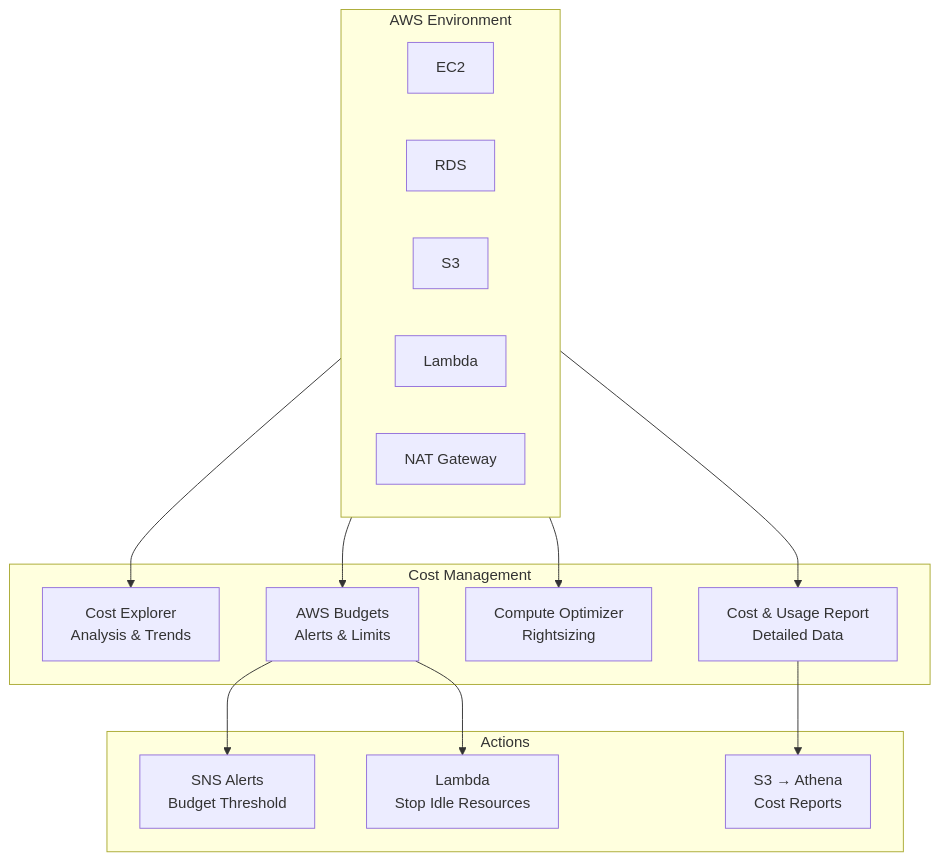
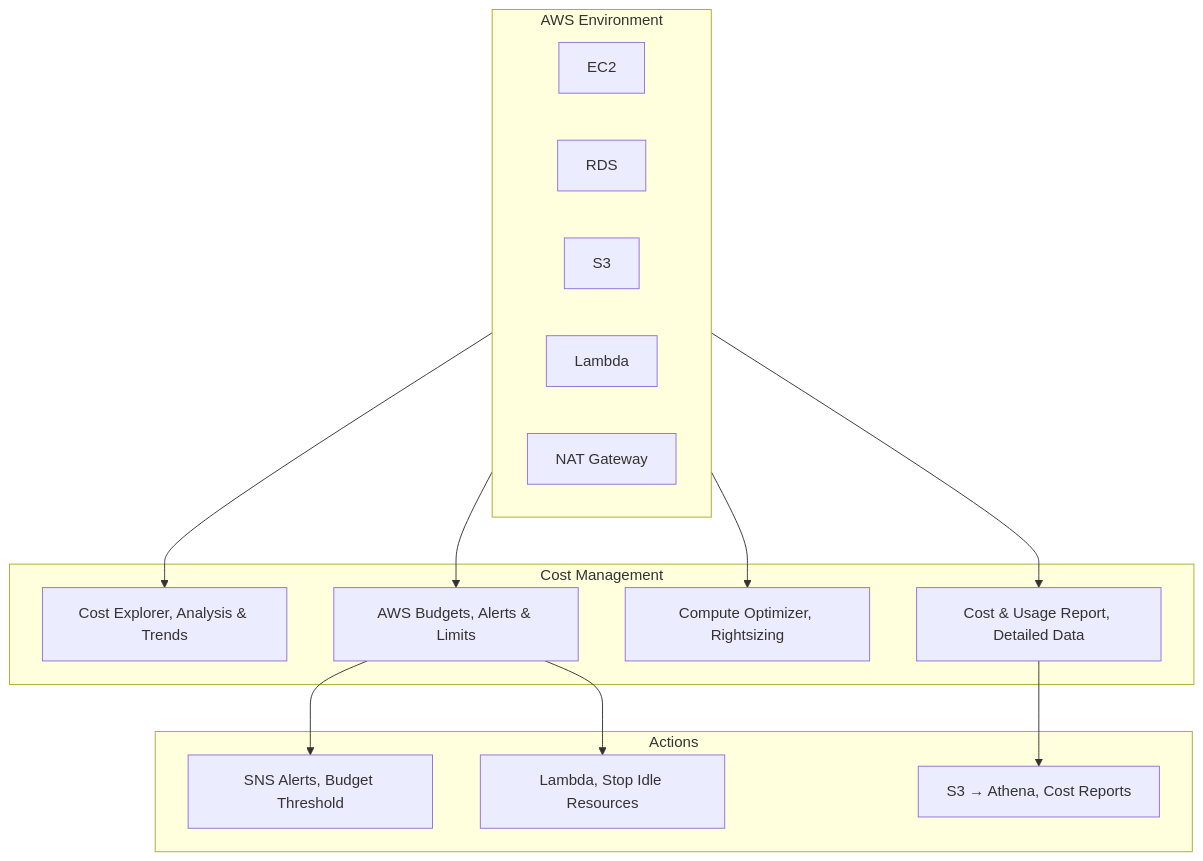
The diagram in Chapter_47_AWS_Cost_Explorer_and_Budgets.md (DeeptiShuklaProject/Uday_AWS), drawn with Mermaid before and after one commit. The commit also changed 34 other files, not shown here.

Commit message:
Fix mermaid diagrams syntax across all chapters (quote labels and remove HTML)

````diff
--- a/Chapter_47_AWS_Cost_Explorer_and_Budgets.md
+++ b/Chapter_47_AWS_Cost_Explorer_and_Budgets.md
@@ -150,32 +150,32 @@
 ```mermaid
 flowchart TD
     subgraph AWS["AWS Environment"]
         EC2[EC2] 
         RDS[RDS]
         S3[S3]
         Lambda[Lambda]
         NAT[NAT Gateway]
     end
     
     subgraph CostMgmt["Cost Management"]
-        CE[Cost Explorer<br>Analysis & Trends]
-        Budget[AWS Budgets<br>Alerts & Limits]
-        CO[Compute Optimizer<br>Rightsizing]
-        CUR[Cost & Usage Report<br>Detailed Data]
+        CE["Cost Explorer, Analysis & Trends"]
+        Budget["AWS Budgets, Alerts & Limits"]
+        CO["Compute Optimizer, Rightsizing"]
+        CUR["Cost & Usage Report, Detailed Data"]
     end
     
     subgraph Actions["Actions"]
-        Alert[SNS Alerts<br>Budget Threshold]
-        Lambda_Action[Lambda<br>Stop Idle Resources]
-        Report[S3 → Athena<br>Cost Reports]
+        Alert["SNS Alerts, Budget Threshold"]
+        Lambda_Action["Lambda, Stop Idle Resources"]
+        Report["S3 → Athena, Cost Reports"]
     end
     
     AWS --> CE
     AWS --> Budget
     AWS --> CO
     AWS --> CUR
     
     Budget --> Alert
     Budget --> Lambda_Action
     CUR --> Report
 ```
````
